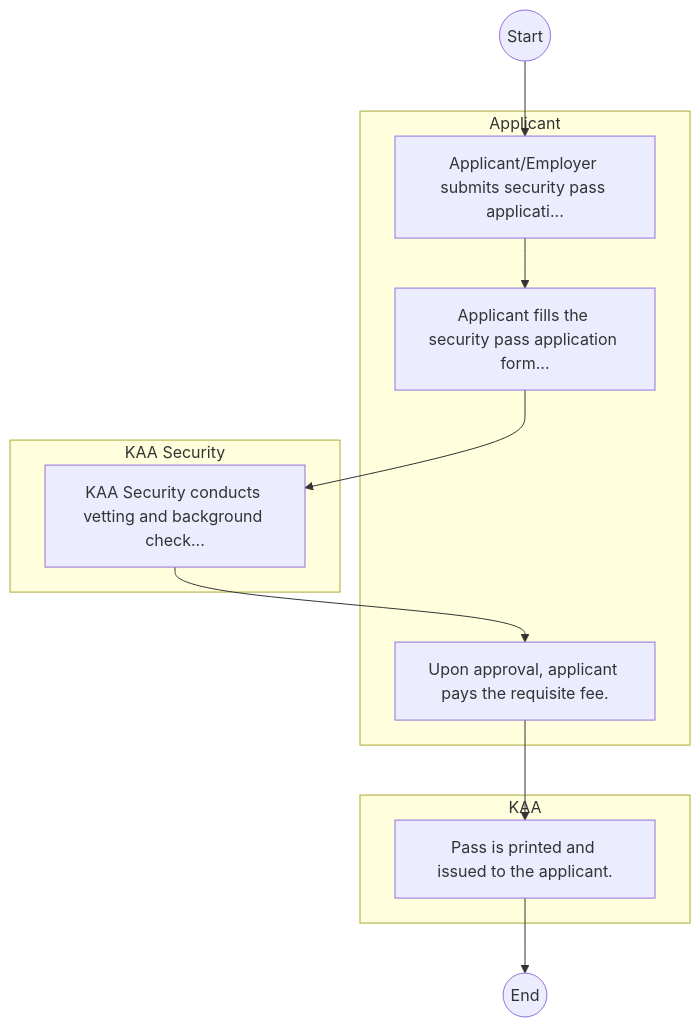
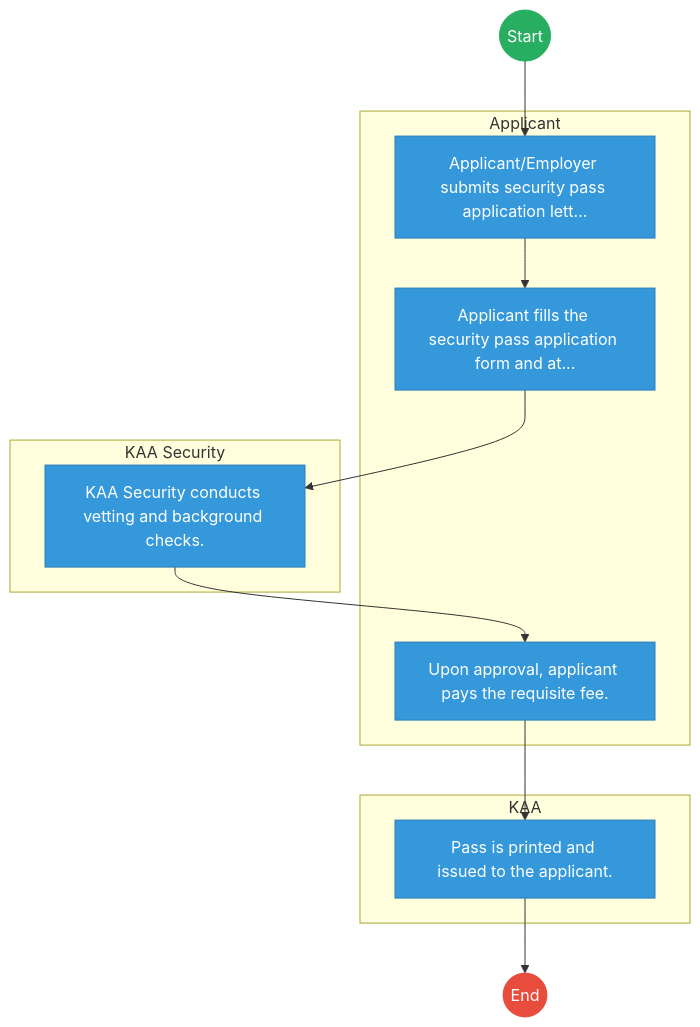
One commit to BITZ-IT-Consulting-LTD/ictapoc changed the first of 2 diagrams in mdas/docs_final/Kenya_Airports_Authority___Service_Delivery.md. Above: the diagram before and after it, drawn with Mermaid. The commit also changed other lines of this file and 461 other files, not shown here.

````diff
--- a/mdas/docs_final/Kenya_Airports_Authority___Service_Delivery.md
+++ b/mdas/docs_final/Kenya_Airports_Authority___Service_Delivery.md
@@ -20,20 +20,32 @@
 ```mermaid
 graph TD
     Start((Start)) --> S1
+
     subgraph Applicant [Applicant]
-        S1["Applicant/Employer submits security pass applicati..."]
-        S2["Applicant fills the security pass application form..."]
+        S1["Applicant/Employer submits security pass application lett..."]
+        S2["Applicant fills the security pass application form and at..."]
         S4["Upon approval, applicant pays the requisite fee."]
     end
-    subgraph KAASecurity [KAA Security]
-        S3["KAA Security conducts vetting and background check..."]
+
+    subgraph KAA_Security [KAA Security]
+        S3["KAA Security conducts vetting and background checks."]
     end
+
     subgraph KAA [KAA]
         S5["Pass is printed and issued to the applicant."]
     end
     S1 --> S2
     S2 --> S3
     S3 --> S4
     S4 --> S5
     S5 --> End((End))
+
+    classDef start fill:#27ae60,stroke:#27ae60,color:#fff;
+    classDef endNode fill:#e74c3c,stroke:#e74c3c,color:#fff;
+    classDef userTask fill:#3498db,stroke:#2980b9,color:#fff;
+    classDef serviceTask fill:#9b59b6,stroke:#8e44ad,color:#fff;
+
+    class Start start;
+    class End endNode;
+    class S1,S2,S3,S4,S5 userTask;
 ```
````
